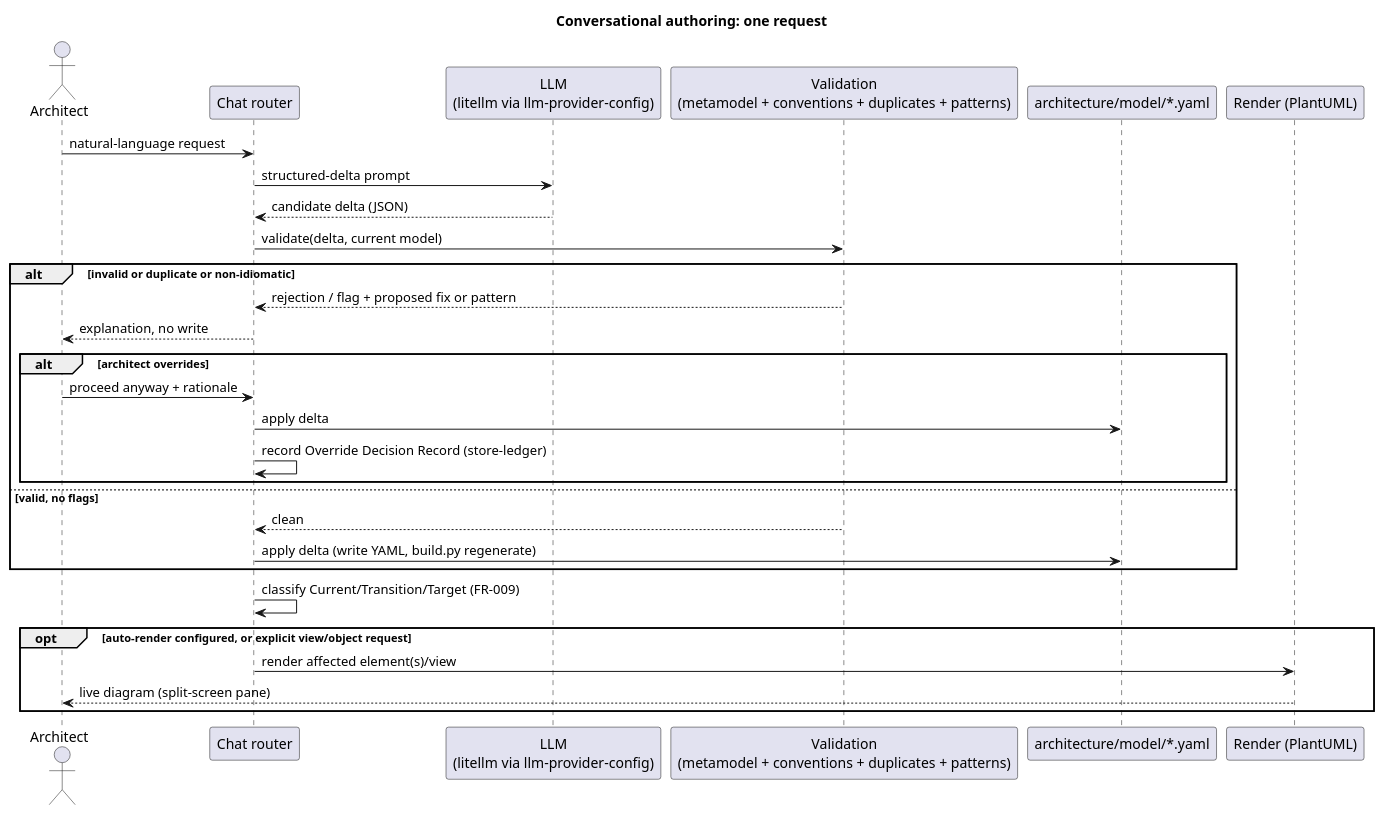
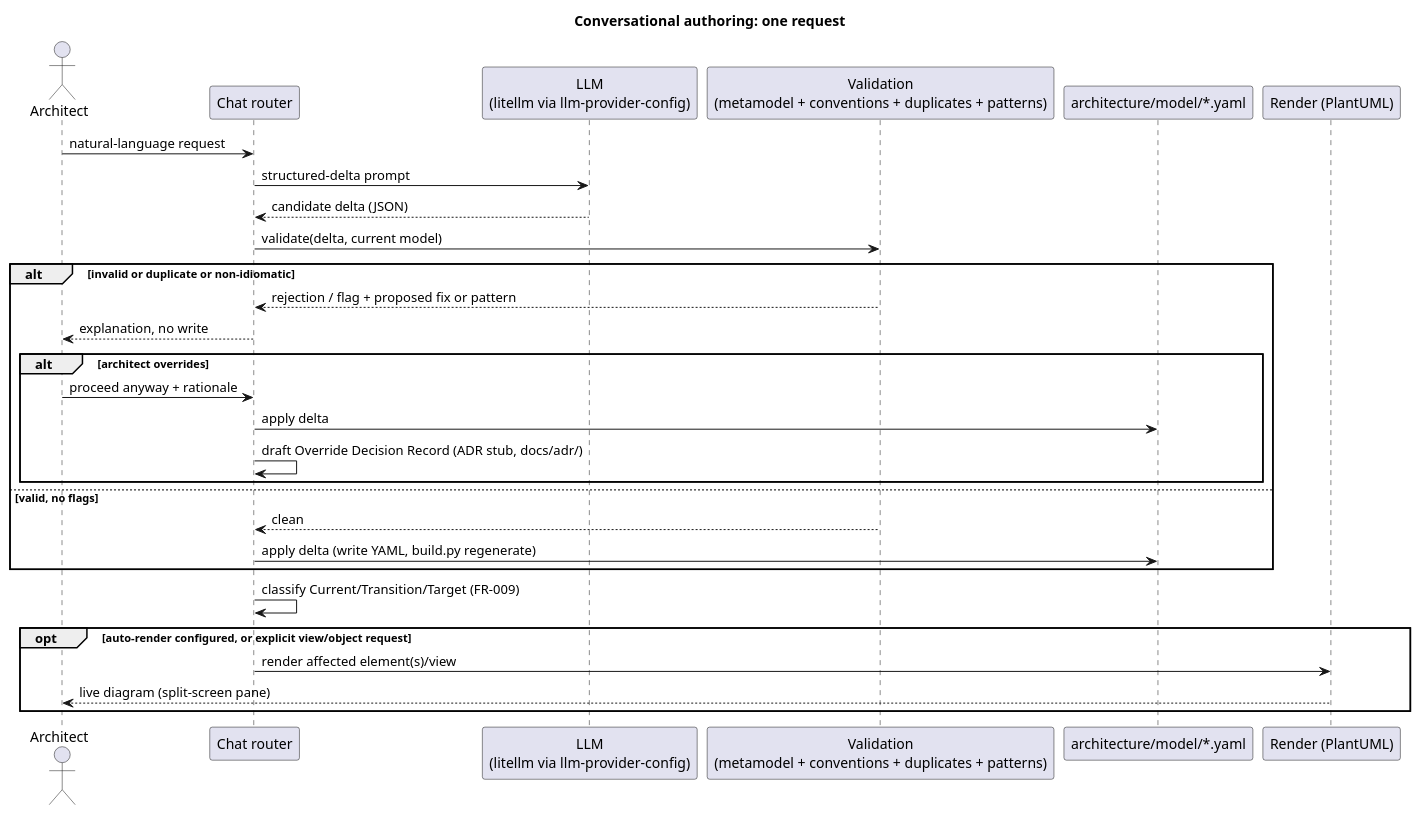
Before and after one commit to wolffy-au/frictionless-architect: the diagram in specs/004-conversational-model-authoring/contracts/api.md, drawn with PlantUML. The commit also changed other lines of this file and 4 other files, not shown here.

First line of the commit message:
fix(specs): record overrides as ADR stubs, not ledger entries (GH #108)

````diff
--- a/specs/004-conversational-model-authoring/contracts/api.md
+++ b/specs/004-conversational-model-authoring/contracts/api.md
@@ -9,33 +9,33 @@
 ```plantuml
 @startuml
 title Conversational authoring: one request
 actor Architect
 participant "Chat router" as Chat
 participant "LLM\n(litellm via llm-provider-config)" as LLM
 participant "Validation\n(metamodel + conventions + duplicates + patterns)" as Val
 participant "architecture/model/*.yaml" as Model
 participant "Render (PlantUML)" as Render
 
 Architect -> Chat : natural-language request
 Chat -> LLM : structured-delta prompt
 LLM --> Chat : candidate delta (JSON)
 Chat -> Val : validate(delta, current model)
 alt invalid or duplicate or non-idiomatic
   Val --> Chat : rejection / flag + proposed fix or pattern
   Chat --> Architect : explanation, no write
   alt architect overrides
     Architect -> Chat : proceed anyway + rationale
     Chat -> Model : apply delta
-    Chat -> Chat : record Override Decision Record (store-ledger)
+    Chat -> Chat : draft Override Decision Record (ADR stub, docs/adr/)
   end
 else valid, no flags
   Val --> Chat : clean
   Chat -> Model : apply delta (write YAML, build.py regenerate)
 end
 Chat -> Chat : classify Current/Transition/Target (FR-009)
 opt auto-render configured, or explicit view/object request
   Chat -> Render : render affected element(s)/view
   Render --> Architect : live diagram (split-screen pane)
 end
 @enduml
 ```
````
